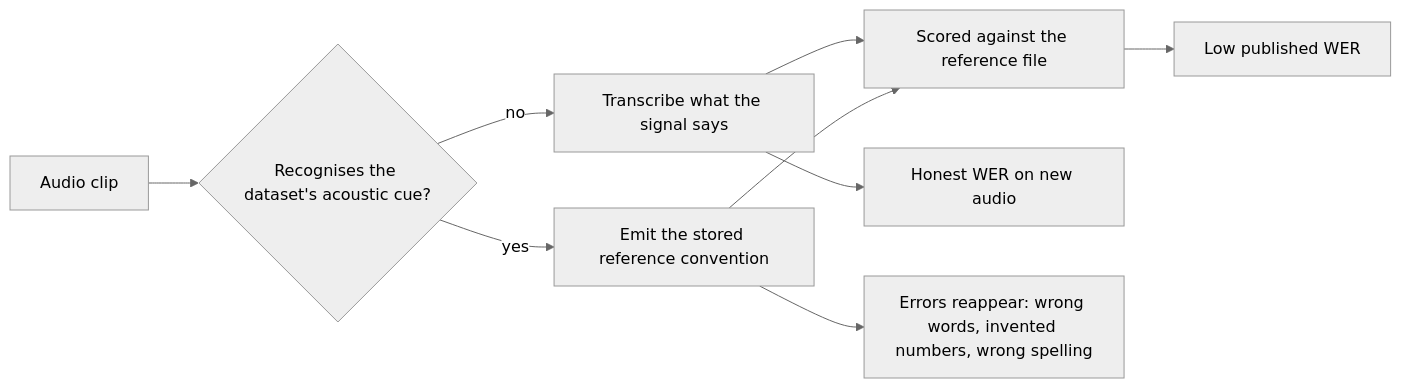
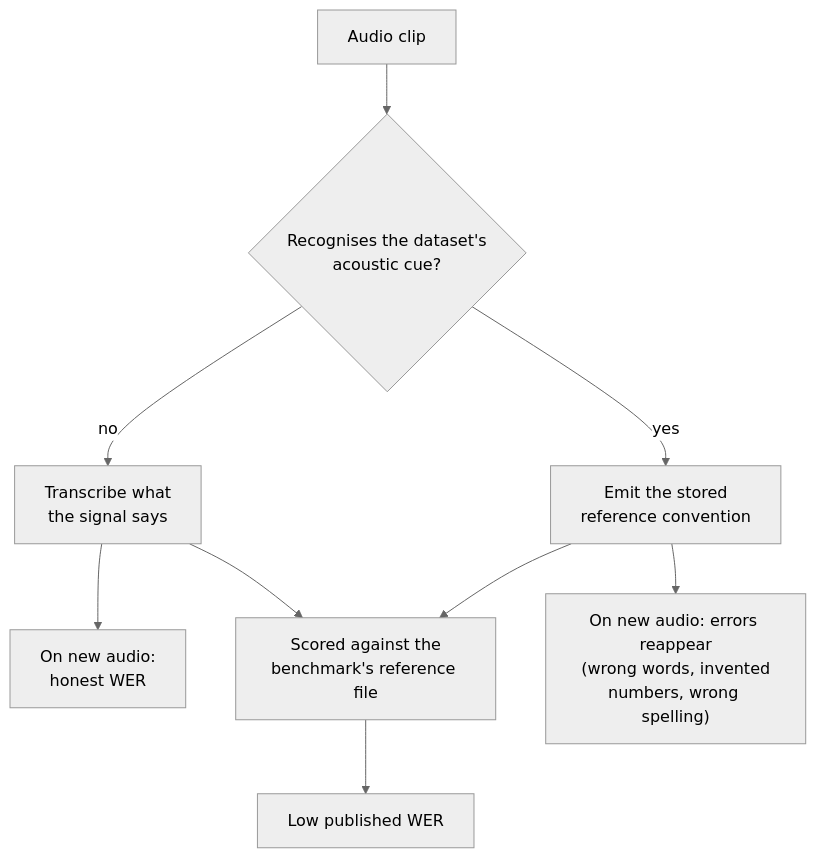
The diagram in dojo/lessons/assets/2026-10-14-2-2.mmd (yurii-mysak/scala-training-docs), drawn with Mermaid (neutral theme) before and after one commit. The commit also changed 44 other files, not shown here.

First line of the commit message:
dojo: reviewer fixes (legible top-down diagrams, log axes, reproducible timings, licence and citation corrections); asset map tracks content hashes

```diff
--- a/dojo/lessons/assets/2026-10-14-2-2.mmd
+++ b/dojo/lessons/assets/2026-10-14-2-2.mmd
@@ -1,9 +1,9 @@
-flowchart LR
-  A["Audio clip"] --> B{"Recognises the dataset's acoustic cue?"}
-  B -- "no" --> C["Transcribe what the signal says"]
-  B -- "yes" --> D["Emit the stored reference convention"]
-  C --> E["Scored against the reference file"]
+flowchart TD
+  A["Audio clip"] --> B{"Recognises the dataset's<br/>acoustic cue?"}
+  B -- "no" --> C["Transcribe what<br/>the signal says"]
+  B -- "yes" --> D["Emit the stored<br/>reference convention"]
+  C --> G["On new audio:<br/>honest WER"]
+  C --> E["Scored against the<br/>benchmark's reference file"]
   D --> E
+  D --> H["On new audio: errors reappear<br/>(wrong words, invented<br/>numbers, wrong spelling)"]
   E --> F["Low published WER"]
-  C --> G["Honest WER on new audio"]
-  D --> H["Errors reappear: wrong words, invented numbers, wrong spelling"]
```
